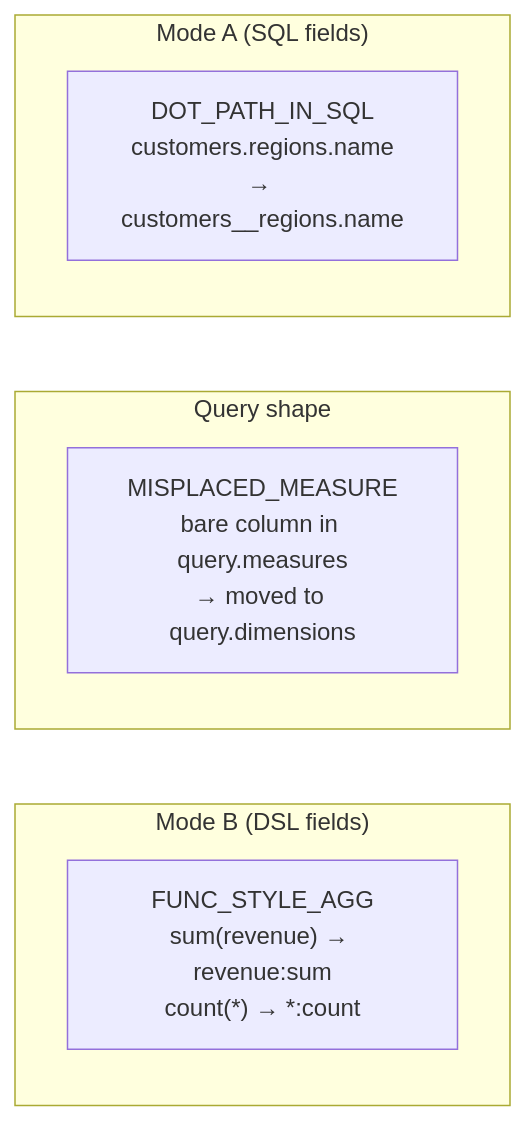
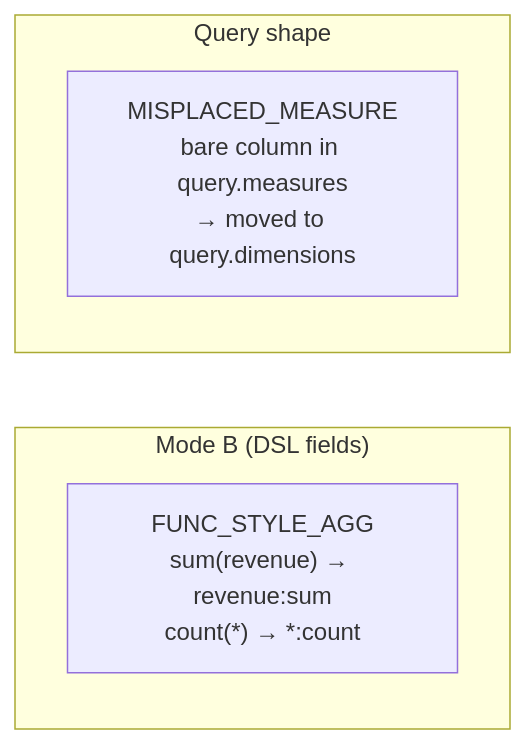
One commit to MotleyAI/slayer changed the diagram in docs/architecture/slack-normalization.md. Above: the diagram before and after it, drawn with Mermaid. The commit also changed other lines of this file and 83 other files, not shown here.

````diff
--- a/docs/architecture/slack-normalization.md
+++ b/docs/architecture/slack-normalization.md
@@ -18,12 +18,9 @@
 ```mermaid
 flowchart LR
     subgraph "Mode B (DSL fields)"
         f["FUNC_STYLE_AGG<br/>sum(revenue) → revenue:sum<br/>count(*) → *:count"]
     end
     subgraph "Query shape"
         m["MISPLACED_MEASURE<br/>bare column in query.measures<br/>→ moved to query.dimensions"]
     end
-    subgraph "Mode A (SQL fields)"
-        d["DOT_PATH_IN_SQL<br/>customers.regions.name<br/>→ customers__regions.name"]
-    end
 ```
````
